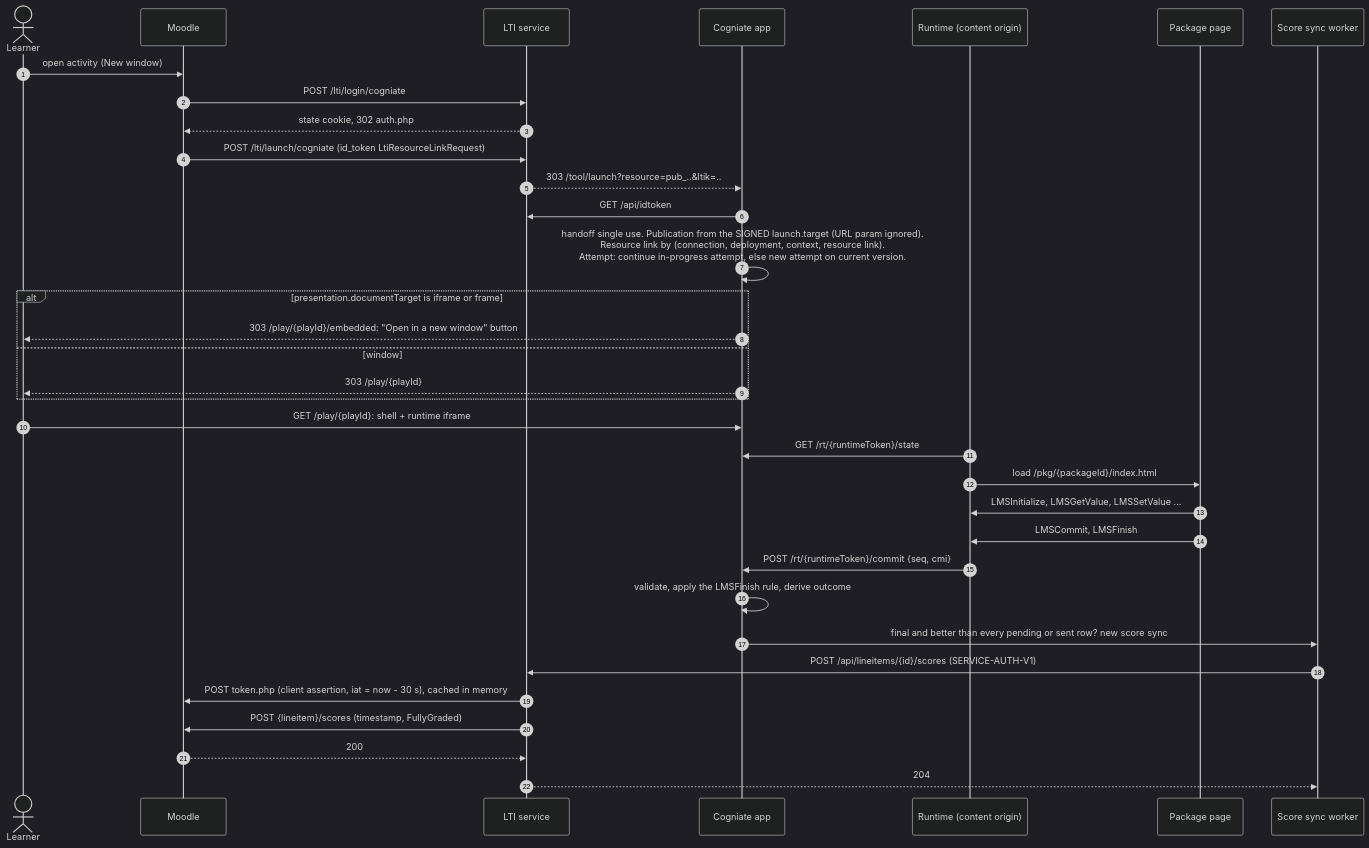
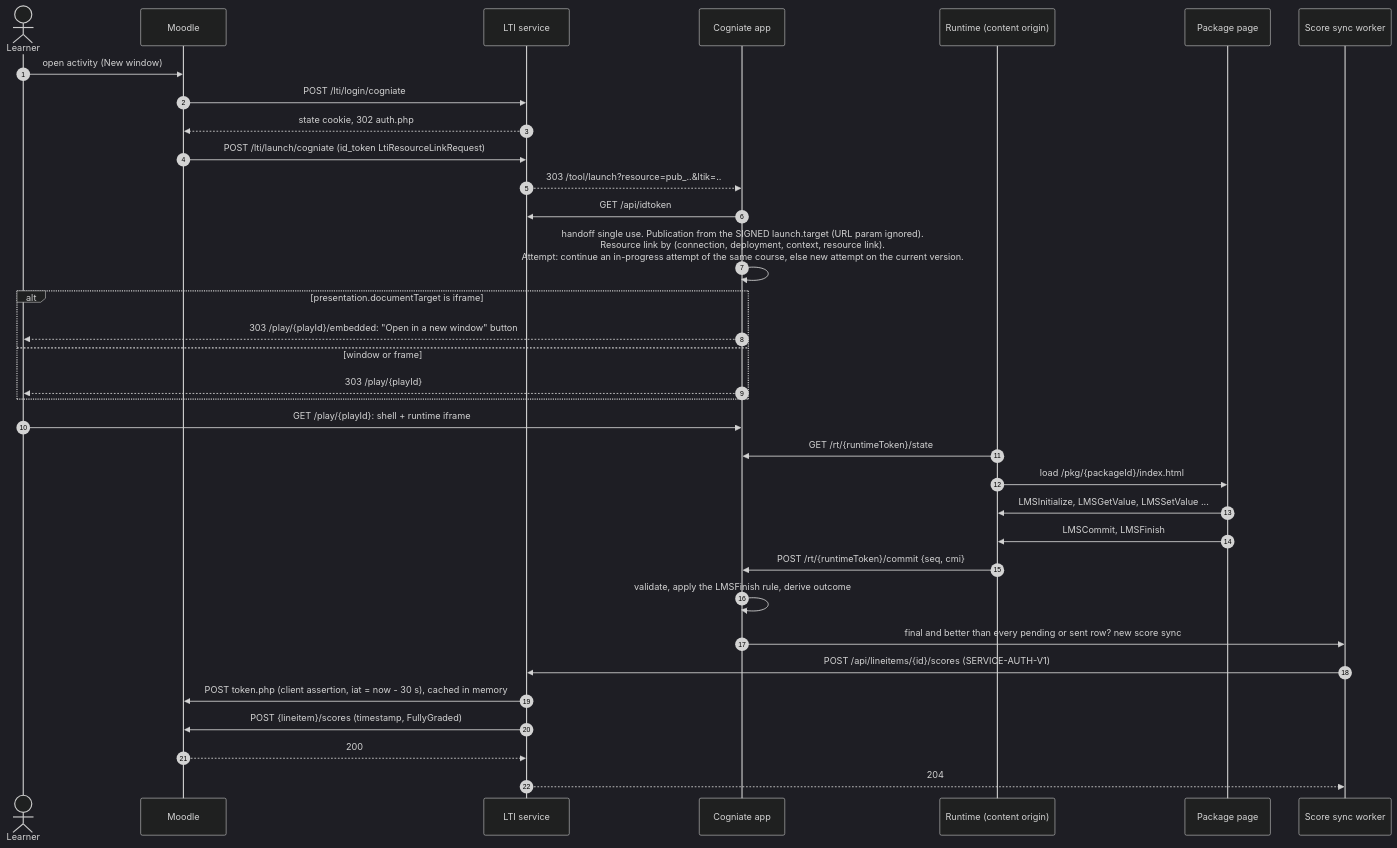
Before and after one commit to nguyenthanhquang152/cogniate_moodle_integration_prototype: the fourth of 7 diagrams in docs/architecture/flows.md, drawn with Mermaid (dark theme). The commit also changed 28 other files, not shown here.

````diff
--- a/docs/architecture/flows.md
+++ b/docs/architecture/flows.md
@@ -120,37 +120,37 @@
 ```mermaid
 sequenceDiagram
     autonumber
     actor L as Learner
     participant M as Moodle
     participant LTI as LTI service
     participant APP as Cogniate app
     participant RT as Runtime (content origin)
     participant SCO as Package page
     participant WK as Score sync worker
 
     L->>M: open activity (New window)
     M->>LTI: POST /lti/login/cogniate
     LTI-->>M: state cookie, 302 auth.php
     M->>LTI: POST /lti/launch/cogniate (id_token LtiResourceLinkRequest)
     LTI-->>APP: 303 /tool/launch?resource=pub_..&ltik=..
     APP->>LTI: GET /api/idtoken
-    APP->>APP: handoff single use. Publication from the SIGNED launch.target (URL param ignored).<br/>Resource link by (connection, deployment, context, resource link).<br/>Attempt: continue in-progress attempt, else new attempt on current version.
-    alt presentation.documentTarget is iframe or frame
+    APP->>APP: handoff single use. Publication from the SIGNED launch.target (URL param ignored).<br/>Resource link by (connection, deployment, context, resource link).<br/>Attempt: continue an in-progress attempt of the same course, else new attempt on the current version.
+    alt presentation.documentTarget is iframe
       APP-->>L: 303 /play/{playId}/embedded: "Open in a new window" button
-    else window
+    else window or frame
       APP-->>L: 303 /play/{playId}
     end
     L->>APP: GET /play/{playId}: shell + runtime iframe
     RT->>APP: GET /rt/{runtimeToken}/state
     RT->>SCO: load /pkg/{packageId}/index.html
     SCO->>RT: LMSInitialize, LMSGetValue, LMSSetValue ...
     SCO->>RT: LMSCommit, LMSFinish
     RT->>APP: POST /rt/{runtimeToken}/commit {seq, cmi}
     APP->>APP: validate, apply the LMSFinish rule, derive outcome
     APP->>WK: final and better than every pending or sent row? new score sync
     WK->>LTI: POST /api/lineitems/{id}/scores (SERVICE-AUTH-V1)
     LTI->>M: POST token.php (client assertion, iat = now - 30 s), cached in memory
     LTI->>M: POST {lineitem}/scores (timestamp, FullyGraded)
     M-->>LTI: 200
     LTI-->>WK: 204
 ```
````
